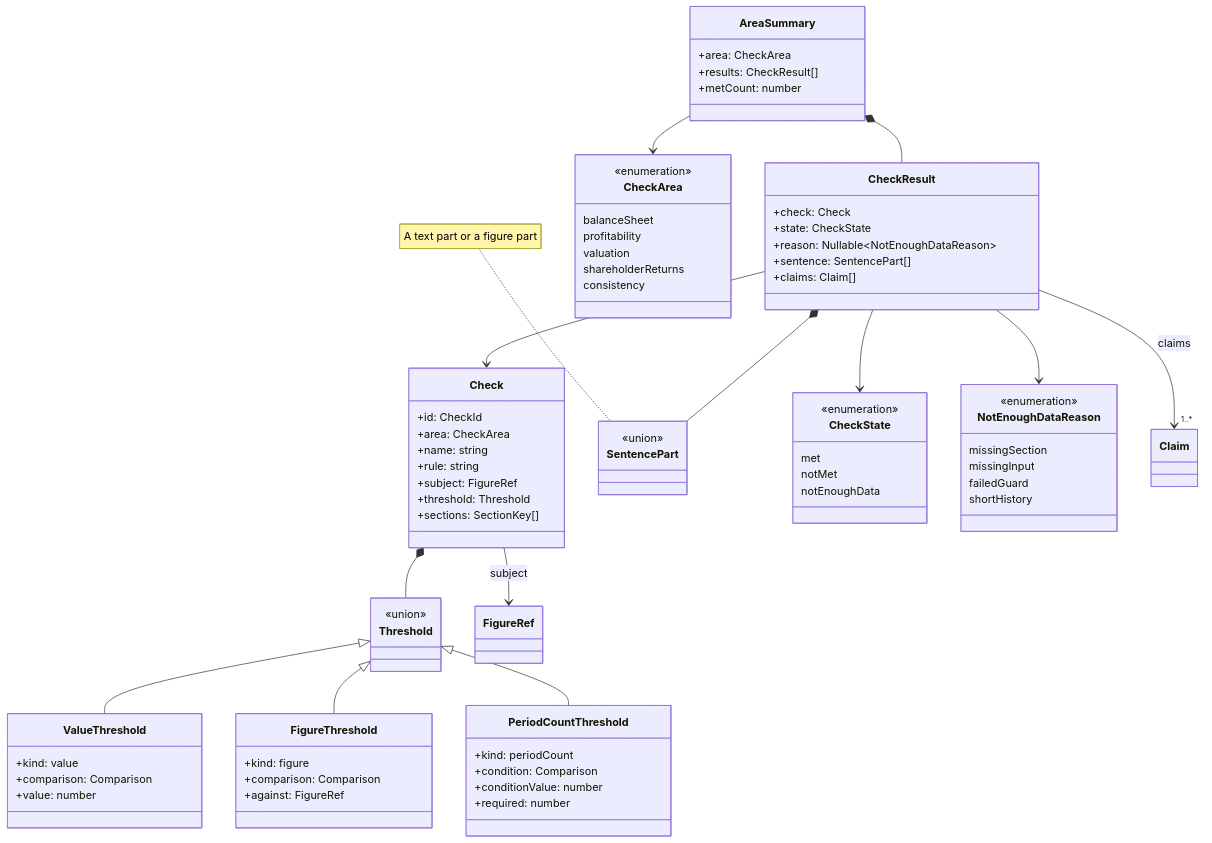
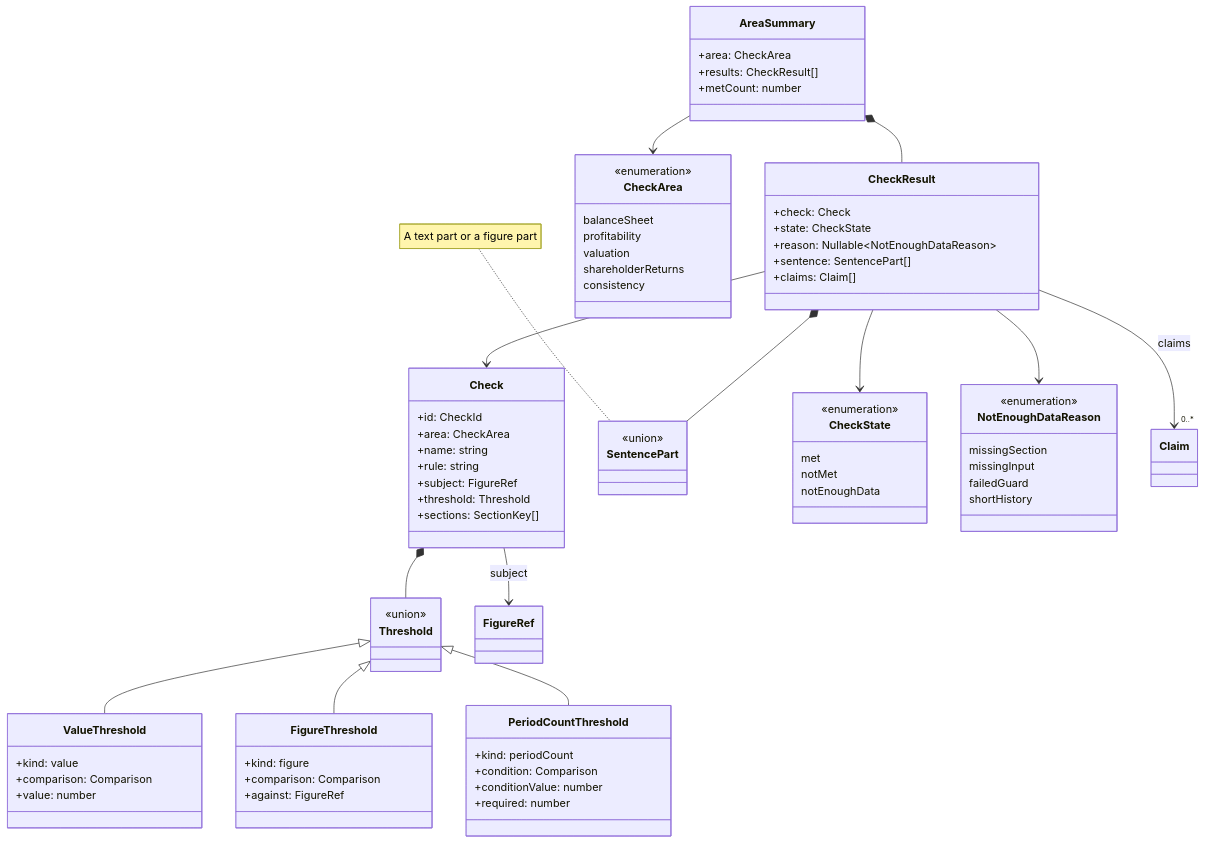
One commit to ironcapitaleu/frontend changed the seventh of 7 diagrams in design/uml_class_diagram/company_data_model.md. Above: the diagram before and after it, drawn with Mermaid. The commit also changed other lines of this file, not shown here.

````diff
--- a/design/uml_class_diagram/company_data_model.md
+++ b/design/uml_class_diagram/company_data_model.md
@@ -784,80 +911,80 @@
 ```mermaid
 classDiagram
     class Check {
         +id: CheckId
         +area: CheckArea
         +name: string
         +rule: string
         +subject: FigureRef
         +threshold: Threshold
         +sections: SectionKey[]
     }
     class Threshold {
         <<union>>
     }
     class ValueThreshold {
         +kind: value
         +comparison: Comparison
         +value: number
     }
     class FigureThreshold {
         +kind: figure
         +comparison: Comparison
         +against: FigureRef
     }
     class PeriodCountThreshold {
         +kind: periodCount
         +condition: Comparison
         +conditionValue: number
         +required: number
     }
     class CheckResult {
         +check: Check
         +state: CheckState
         +reason: Nullable~NotEnoughDataReason~
         +sentence: SentencePart[]
         +claims: Claim[]
     }
     class SentencePart {
         <<union>>
     }
     class AreaSummary {
         +area: CheckArea
         +results: CheckResult[]
         +metCount: number
     }
     class CheckState {
         <<enumeration>>
         met
         notMet
         notEnoughData
     }
     class NotEnoughDataReason {
         <<enumeration>>
         missingSection
         missingInput
         failedGuard
         shortHistory
     }
     class CheckArea {
         <<enumeration>>
         balanceSheet
         profitability
         valuation
         shareholderReturns
         consistency
     }
     Check --> FigureRef : subject
     Check *-- Threshold
     Threshold <|-- ValueThreshold
     Threshold <|-- FigureThreshold
     Threshold <|-- PeriodCountThreshold
     CheckResult --> Check
     CheckResult --> CheckState
     CheckResult --> NotEnoughDataReason
     CheckResult *-- SentencePart
-    CheckResult --> "1..*" Claim : claims
+    CheckResult --> "0..*" Claim : claims
     AreaSummary *-- CheckResult
     AreaSummary --> CheckArea
     note for SentencePart "A text part or a figure part"
 ```
````
